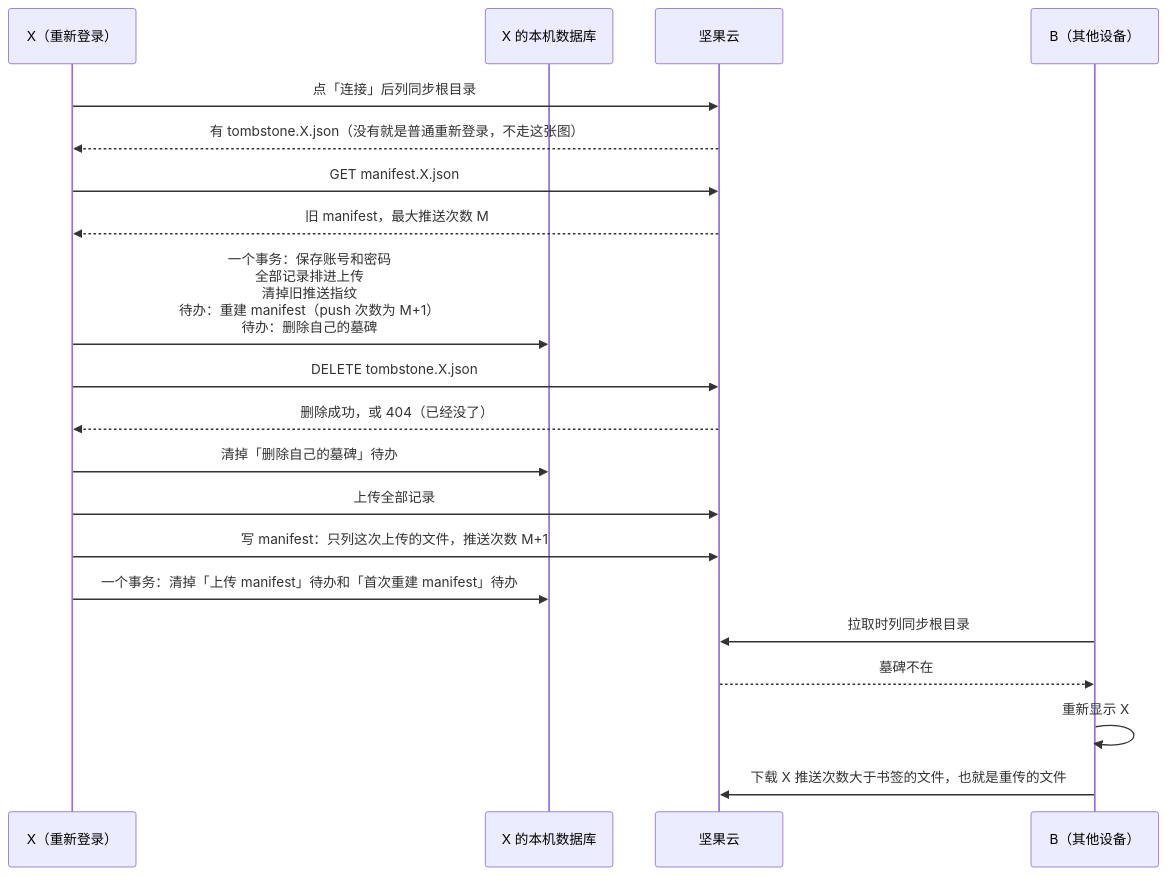
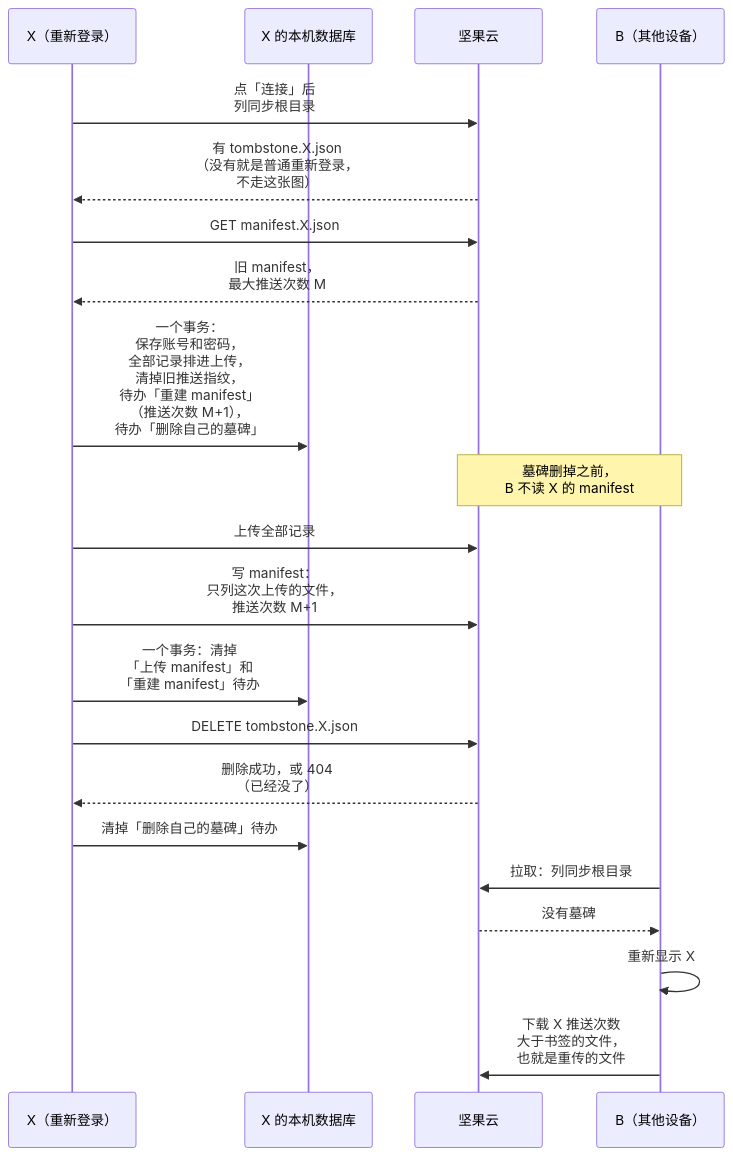
Before and after one commit to Tomotsugu-dev/Hindsight: the fourth of 4 diagrams in docs/adr/zh/0012-webdav-device-tombstone.md, drawn with Mermaid. The commit also changed other lines of this file and 1 other file, not shown here.

Commit message:
docs(adr): delete the tombstone last when a device signs in again
In #81, ADR-0012 deletes the tombstone before the re-upload. If the
app crashes after writing the manifest, the retry writes push count
M+1 again, and devices whose bookmark reached M+1 skip those files.
Other devices also try to download deleted files from the old
manifest. While the tombstone exists, other devices do not read X's
manifest, so deleting it last means they only see the finished one.

````diff
--- a/docs/adr/zh/0012-webdav-device-tombstone.md
+++ b/docs/adr/zh/0012-webdav-device-tombstone.md
@@ -92,23 +92,24 @@
 ```mermaid
 sequenceDiagram
     participant X as X（重新登录）
     participant D as X 的本机数据库
     participant S as 坚果云
     participant B as B（其他设备）
 
-    X->>S: 点「连接」后列同步根目录
-    S-->>X: 有 tombstone.X.json（没有就是普通重新登录，不走这张图）
+    X->>S: 点「连接」后<br/>列同步根目录
+    S-->>X: 有 tombstone.X.json<br/>（没有就是普通重新登录，<br/>不走这张图）
     X->>S: GET manifest.X.json
-    S-->>X: 旧 manifest，最大推送次数 M
-    X->>D: 一个事务：保存账号和密码<br/>全部记录排进上传<br/>清掉旧推送指纹<br/>待办：重建 manifest（push 次数为 M+1）<br/>待办：删除自己的墓碑
+    S-->>X: 旧 manifest，<br/>最大推送次数 M
+    X->>D: 一个事务：<br/>保存账号和密码，<br/>全部记录排进上传，<br/>清掉旧推送指纹，<br/>待办「重建 manifest」<br/>（推送次数 M+1），<br/>待办「删除自己的墓碑」
+    Note over S,B: 墓碑删掉之前，<br/>B 不读 X 的 manifest
+    X->>S: 上传全部记录
+    X->>S: 写 manifest：<br/>只列这次上传的文件，<br/>推送次数 M+1
+    X->>D: 一个事务：清掉<br/>「上传 manifest」和<br/>「重建 manifest」待办
     X->>S: DELETE tombstone.X.json
-    S-->>X: 删除成功，或 404（已经没了）
+    S-->>X: 删除成功，或 404<br/>（已经没了）
     X->>D: 清掉「删除自己的墓碑」待办
-    X->>S: 上传全部记录
-    X->>S: 写 manifest：只列这次上传的文件，推送次数 M+1
-    X->>D: 一个事务：清掉「上传 manifest」待办和「首次重建 manifest」待办
-    B->>S: 拉取时列同步根目录
-    S-->>B: 墓碑不在
+    B->>S: 拉取：列同步根目录
+    S-->>B: 没有墓碑
     B->>B: 重新显示 X
-    B->>S: 下载 X 推送次数大于书签的文件，也就是重传的文件
+    B->>S: 下载 X 推送次数<br/>大于书签的文件，<br/>也就是重传的文件
 ```
````
